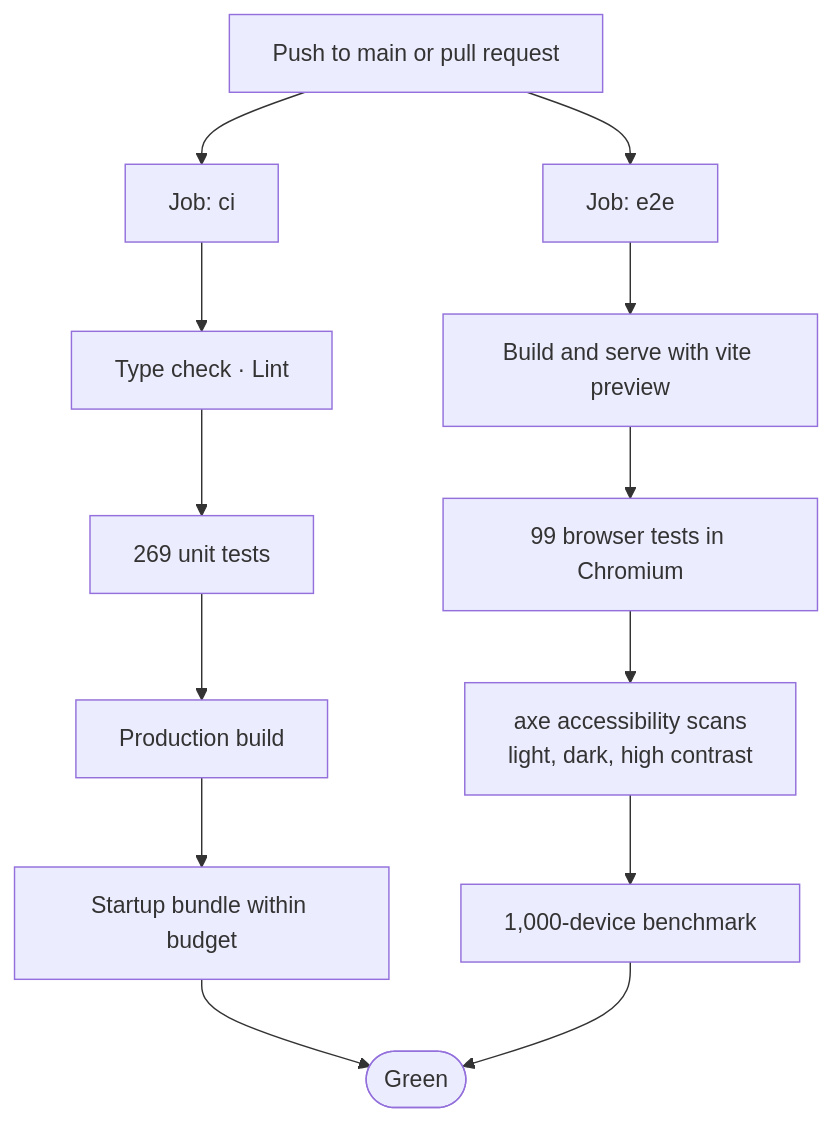
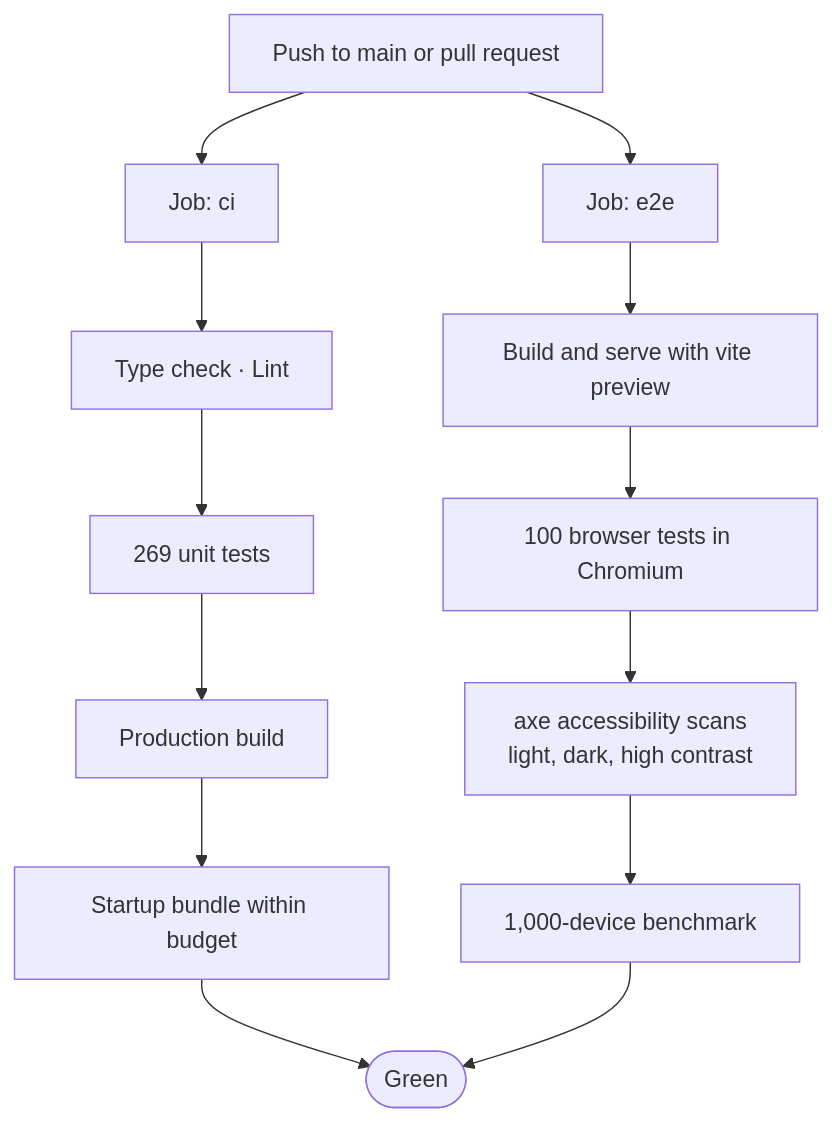
Before and after one commit to vijaykumargowdakk/ReSecArc: diagram 29 of 32 in README.md, drawn with Mermaid. The commit also changed other lines of this file and 8 other files, not shown here.

````diff
--- a/README.md
+++ b/README.md
@@ -1283,15 +1283,15 @@
 ```mermaid
 flowchart TB
     PUSH["Push to main or pull request"] --> J1["Job: ci"]
     PUSH --> J2["Job: e2e"]
     J1 --> A1["Type check · Lint"]
     A1 --> A2["269 unit tests"]
     A2 --> A3["Production build"]
     A3 --> A4["Startup bundle within budget"]
     J2 --> B1["Build and serve with vite preview"]
-    B1 --> B2["99 browser tests in Chromium"]
+    B1 --> B2["100 browser tests in Chromium"]
     B2 --> B3["axe accessibility scans<br/>light, dark, high contrast"]
     B3 --> B4["1,000-device benchmark"]
     A4 --> OK(["Green"])
     B4 --> OK
 ```
````
